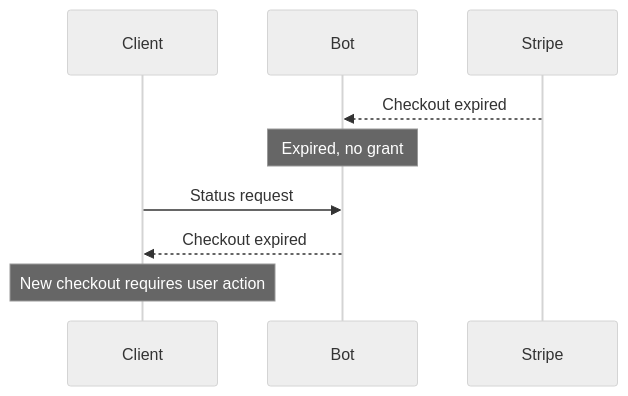
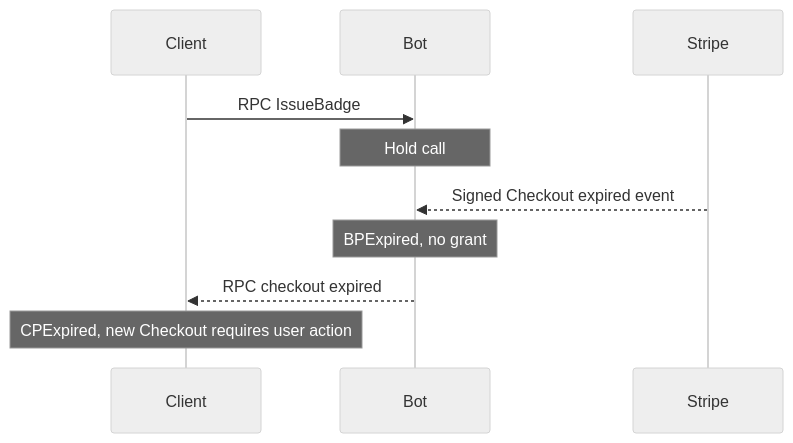
The ninth of 12 diagrams in plans/2026-07-20-supporter-badges-v2-product.md (simplex-chat/simplex-chat), drawn with Mermaid (neutral theme) before and after one commit. The commit also changed other lines of this file and 1 other file, not shown here.

Commit message:
docs: make Stripe badge issuance event-driven

````diff
--- a/plans/2026-07-20-supporter-badges-v2-product.md
+++ b/plans/2026-07-20-supporter-badges-v2-product.md
@@ -240,11 +247,12 @@
 ```mermaid
 sequenceDiagram
   participant C as Client
   participant B as Bot
   participant S as Stripe
-  S-->>B: Checkout expired
-  Note over B: Expired, no grant
-  C->>B: Status request
-  B-->>C: Checkout expired
-  Note over C: New checkout requires user action
+  C->>B: RPC IssueBadge
+  Note over B: Hold call
+  S-->>B: Signed Checkout expired event
+  Note over B: BPExpired, no grant
+  B-->>C: RPC checkout expired
+  Note over C: CPExpired, new Checkout requires user action
 ```
````
